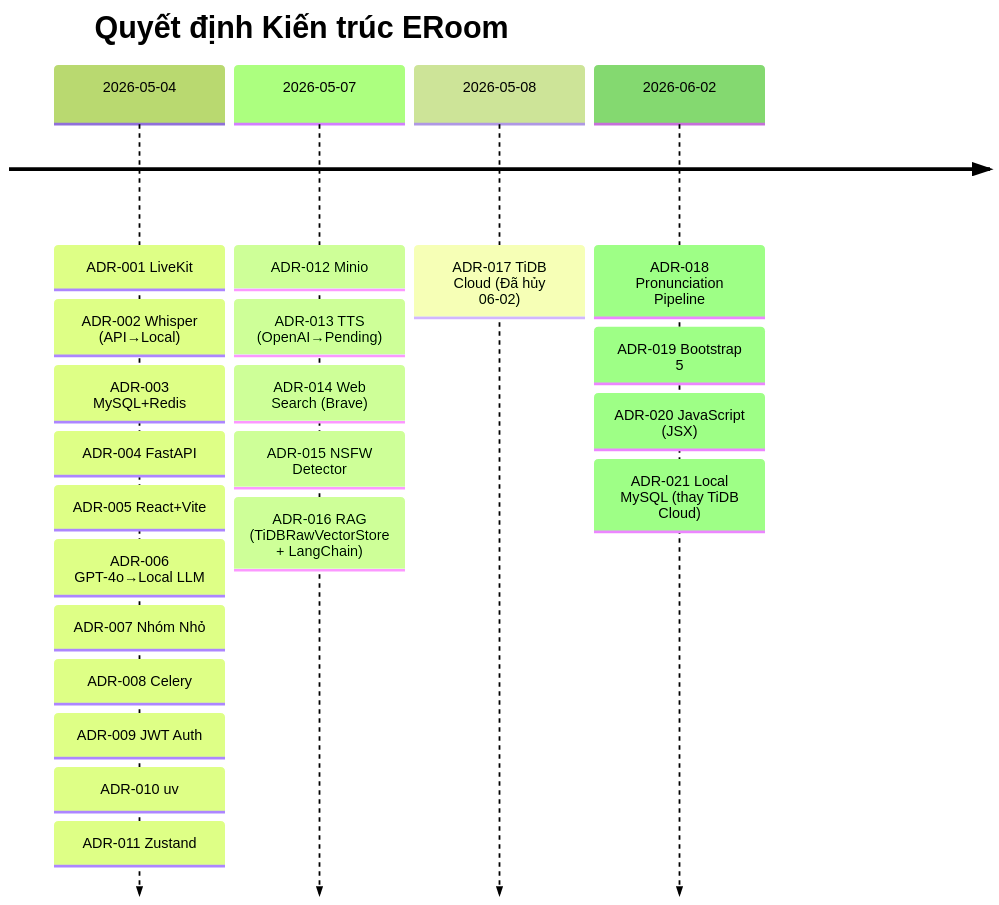
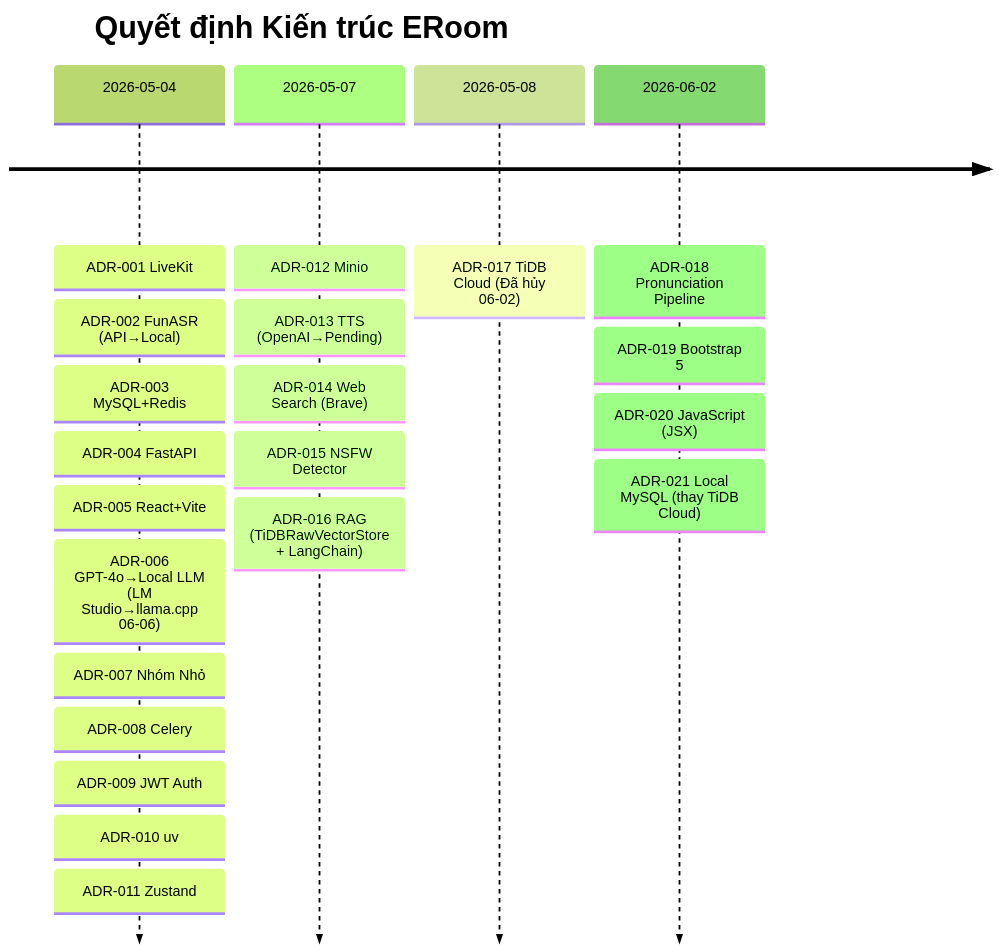
One commit to bexanhtuoi/E-Room changed the diagram in docs/decisions.md. Above: the diagram before and after it, drawn with Mermaid (forest theme). The commit also changed other lines of this file and 17 other files, not shown here.

First line of the commit message:
feat: remove celery, sync mic mute with audio capture, update docs to match actual architecture

````diff
--- a/docs/decisions.md
+++ b/docs/decisions.md
@@ -605,25 +610,25 @@
 ```mermaid
 timeline
     title Quyết định Kiến trúc ERoom
     2026-05-04 : ADR-001 LiveKit
-               : ADR-002 Whisper (API→Local)
+               : ADR-002 FunASR (API→Local)
                : ADR-003 MySQL+Redis
                : ADR-004 FastAPI
                : ADR-005 React+Vite
-               : ADR-006 GPT-4o→Local LLM
+               : ADR-006 GPT-4o→Local LLM (LM Studio→llama.cpp 06-06)
                : ADR-007 Nhóm Nhỏ
                : ADR-008 Celery
                : ADR-009 JWT Auth
                : ADR-010 uv
                : ADR-011 Zustand
     2026-05-07 : ADR-012 Minio
                : ADR-013 TTS (OpenAI→Pending)
                : ADR-014 Web Search (Brave)
                : ADR-015 NSFW Detector
                : ADR-016 RAG (TiDBRawVectorStore + LangChain)
     2026-05-08 : ADR-017 TiDB Cloud (Đã hủy 06-02)
     2026-06-02 : ADR-018 Pronunciation Pipeline
                : ADR-019 Bootstrap 5
                : ADR-020 JavaScript (JSX)
                : ADR-021 Local MySQL (thay TiDB Cloud)
 ```
````
